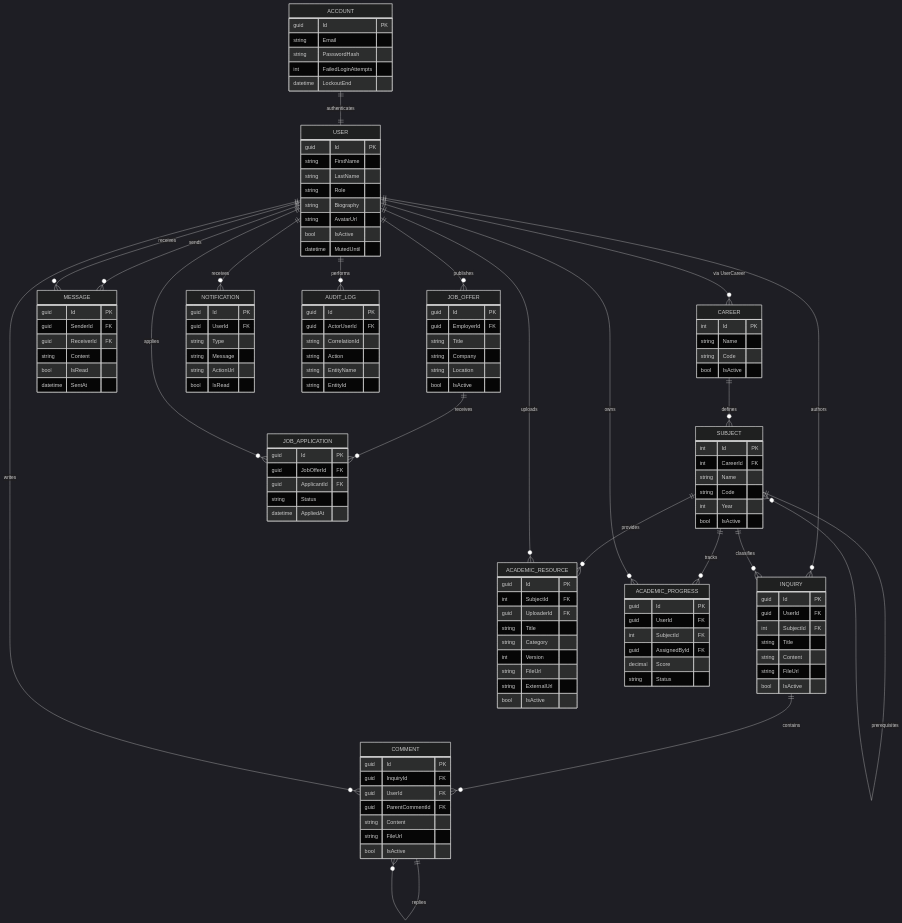
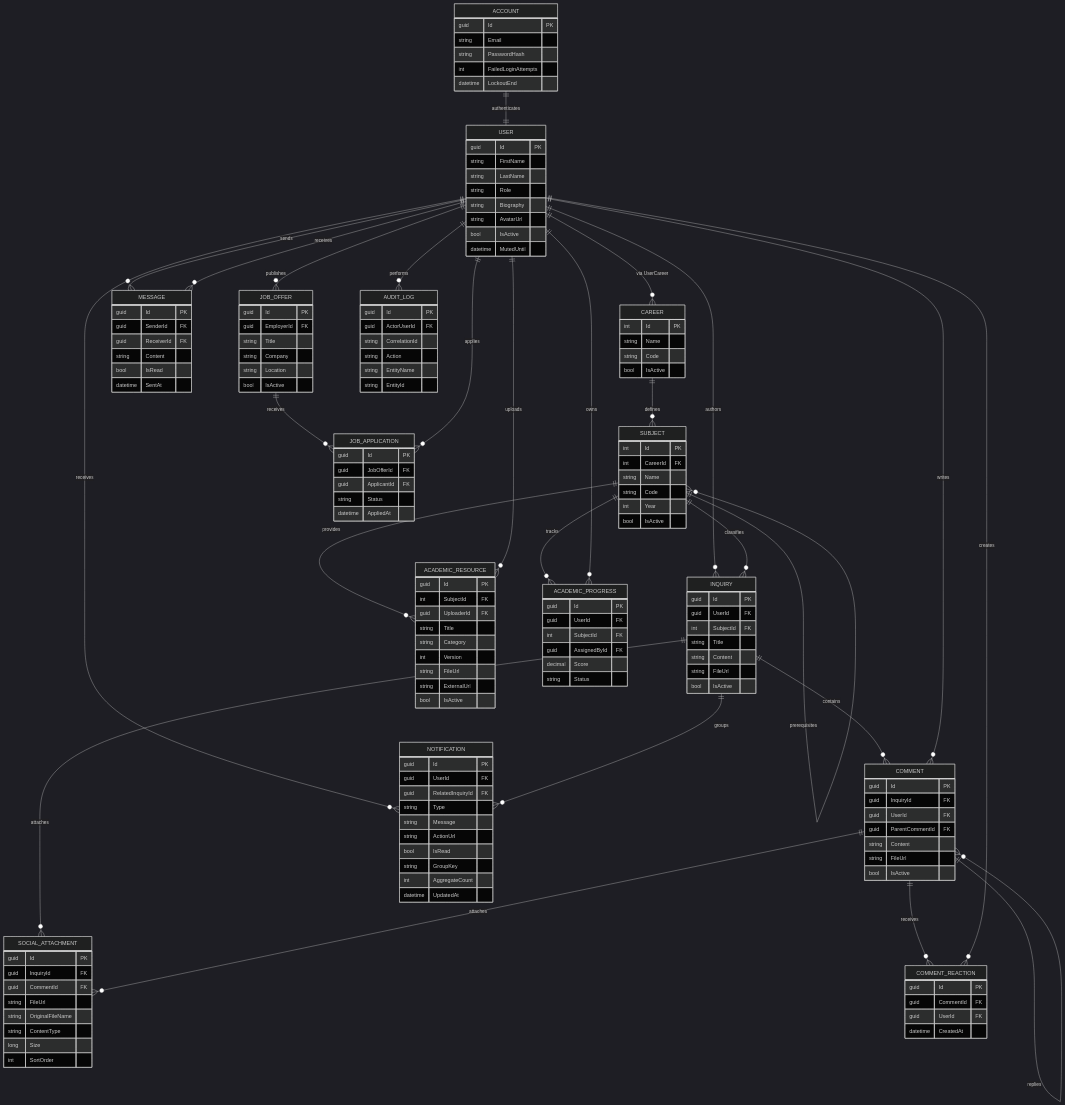
One commit to fagdiaz/OneITB changed the first of 5 diagrams in docs/academic/04-design-diagrams.md. Above: the diagram before and after it, drawn with Mermaid (dark theme). The commit also changed 58 other files, not shown here.

````diff
--- a/docs/academic/04-design-diagrams.md
+++ b/docs/academic/04-design-diagrams.md
@@ -61,6 +61,24 @@
         bool IsActive
     }
 
+    SOCIAL_ATTACHMENT {
+        guid Id PK
+        guid InquiryId FK
+        guid CommentId FK
+        string FileUrl
+        string OriginalFileName
+        string ContentType
+        long Size
+        int SortOrder
+    }
+
+    COMMENT_REACTION {
+        guid Id PK
+        guid CommentId FK
+        guid UserId FK
+        datetime CreatedAt
+    }
+
     MESSAGE {
         guid Id PK
         guid SenderId FK
@@ -111,10 +129,14 @@
     NOTIFICATION {
         guid Id PK
         guid UserId FK
+        guid RelatedInquiryId FK
         string Type
         string Message
         string ActionUrl
         bool IsRead
+        string GroupKey
+        int AggregateCount
+        datetime UpdatedAt
     }
 
     AUDIT_LOG {
@@ -135,6 +157,10 @@
     INQUIRY ||--o{ COMMENT : contains
     COMMENT ||--o{ COMMENT : replies
     USER ||--o{ COMMENT : writes
+    INQUIRY ||--o{ SOCIAL_ATTACHMENT : attaches
+    COMMENT ||--o{ SOCIAL_ATTACHMENT : attaches
+    COMMENT ||--o{ COMMENT_REACTION : receives
+    USER ||--o{ COMMENT_REACTION : creates
     USER ||--o{ MESSAGE : sends
     USER ||--o{ MESSAGE : receives
     SUBJECT ||--o{ ACADEMIC_RESOURCE : provides
@@ -145,5 +171,6 @@
     JOB_OFFER ||--o{ JOB_APPLICATION : receives
     USER ||--o{ JOB_APPLICATION : applies
     USER ||--o{ NOTIFICATION : receives
+    INQUIRY ||--o{ NOTIFICATION : groups
     USER ||--o{ AUDIT_LOG : performs
 ```
````
